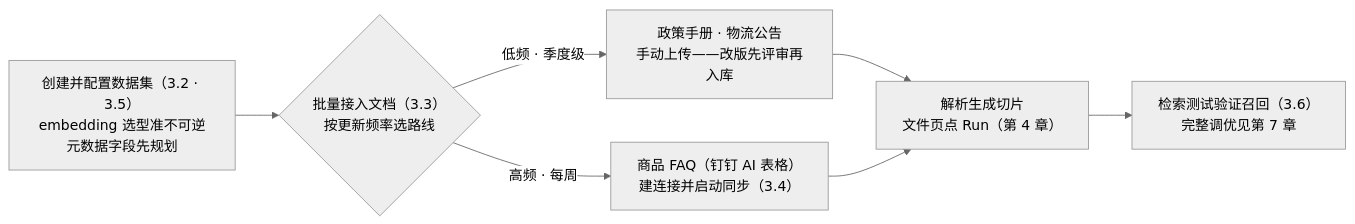
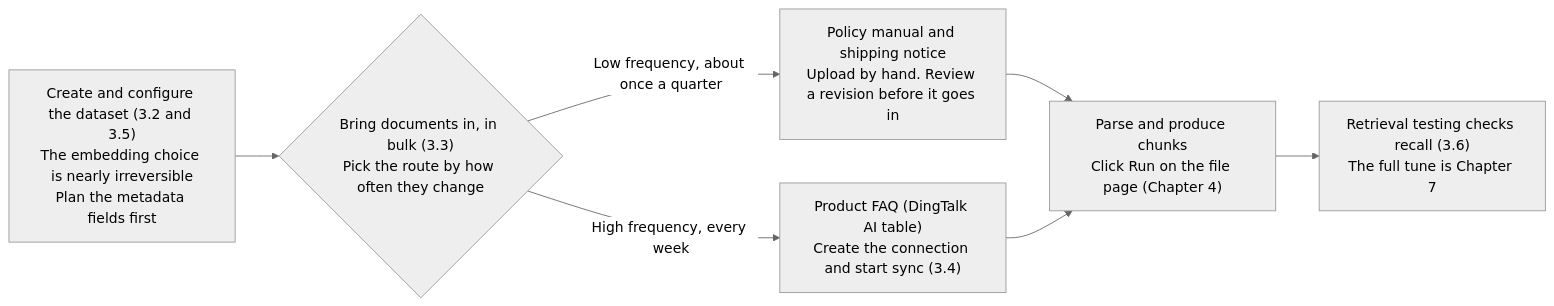
One commit to ybak/ai-tutorial changed the diagram in books/ragflow/en/chapters/03-dataset-basics.md. Above: the diagram before and after it, drawn with Mermaid (neutral theme). The commit also changed other lines of this file and 16 other files, not shown here.

First line of the commit message:
docs(ragflow): 按审阅改英文图、注释和正文

````diff
--- a/books/ragflow/en/chapters/03-dataset-basics.md
+++ b/books/ragflow/en/chapters/03-dataset-basics.md
@@ -11,9 +11,9 @@
 ```mermaid
 flowchart LR
-    A["创建并配置数据集（3.2 · 3.5）<br/>embedding 选型准不可逆<br/>元数据字段先规划"] --> B{"批量接入文档（3.3）<br/>按更新频率选路线"}
-    B -->|"低频 · 季度级"| C["政策手册 · 物流公告<br/>手动上传——改版先评审再入库"]
-    B -->|"高频 · 每周"| D["商品 FAQ（钉钉 AI 表格）<br/>建连接并启动同步（3.4）"]
-    C --> E["解析生成切片<br/>文件页点 Run（第 4 章）"]
+    A["Create and configure the dataset (3.2 and 3.5)<br/>The embedding choice is nearly irreversible<br/>Plan the metadata fields first"] --> B{"Bring documents in, in bulk (3.3)<br/>Pick the route by how often they change"}
+    B -->|"Low frequency, about once a quarter"| C["Policy manual and shipping notice<br/>Upload by hand. Review a revision before it goes in"]
+    B -->|"High frequency, every week"| D["Product FAQ (DingTalk AI table)<br/>Create the connection and start sync (3.4)"]
+    C --> E["Parse and produce chunks<br/>Click Run on the file page (Chapter 4)"]
     D --> E
-    E --> F["检索测试验证召回（3.6）<br/>完整调优见第 7 章"]
+    E --> F["Retrieval testing checks recall (3.6)<br/>The full tune is Chapter 7"]
 ```
````
